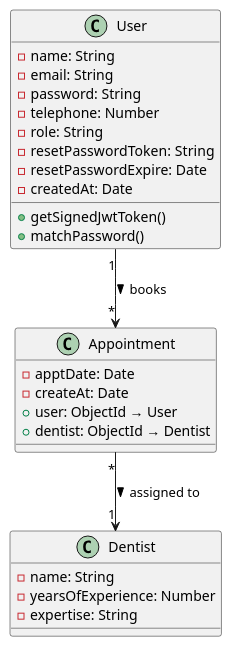
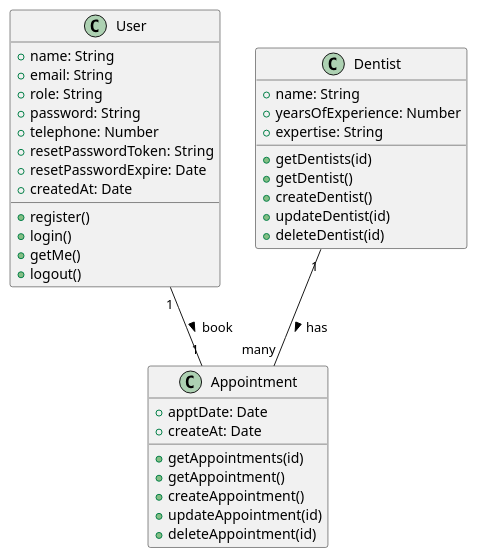
One commit to PatMSK/SWdevprac-project changed the diagram in plantuml/class.puml. Above: the diagram before and after it, drawn with PlantUML. The commit also changed 3 other files, not shown here.

Commit message:
update diagram 4

```diff
--- a/plantuml/class.puml
+++ b/plantuml/class.puml
@@ -1,33 +1,43 @@
 @startuml
 
 class User {
-    - name: String
-    - email: String
-    - password: String
-    - telephone: Number
-    - role: String
-    - resetPasswordToken: String
-    - resetPasswordExpire: Date
-    - createdAt: Date
-    + getSignedJwtToken()
-    + matchPassword()
+  +name: String
+  +email: String
+  +role: String
+  +password: String
+  +telephone: Number
+  +resetPasswordToken: String
+  +resetPasswordExpire: Date
+  +createdAt: Date
+  +register()
+  +login()
+  +getMe()
+  +logout()
 }
 
 class Dentist {
-    - name: String
-    - yearsOfExperience: Number
-    - expertise: String
+  +name: String
+  +yearsOfExperience: Number
+  +expertise: String
+  +getDentists(id)
+  +getDentist()
+  +createDentist()
+  +updateDentist(id)
+  +deleteDentist(id)
 }
 
 class Appointment {
-    - apptDate: Date
-    - createAt: Date
-    + user: ObjectId → User
-    + dentist: ObjectId → Dentist
+  +apptDate: Date
+  +createAt: Date
+  +getAppointments(id)
+  +getAppointment()
+  +createAppointment()
+  +updateAppointment(id)
+  +deleteAppointment(id)
 }
 
 
-User "1" --> "*" Appointment : books >
-Appointment "*" --> "1" Dentist : assigned to >
+User "1" -- "1" Appointment : book >
+Dentist "1" -- "many" Appointment : has >
 
 @enduml
```
